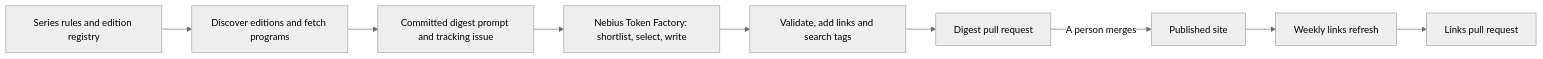
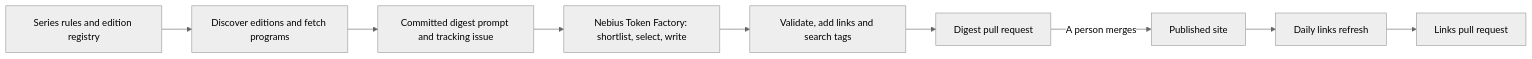
Before and after one commit to hellt/conference-digest: the diagram in docs/how-it-works.md, drawn with Mermaid (neutral theme). The commit also changed other lines of this file and 11 other files, not shown here.

````diff
--- a/docs/how-it-works.md
+++ b/docs/how-it-works.md
@@ -21,11 +21,11 @@
 ```mermaid
 flowchart LR
   S["Series rules and edition registry"] --> D["Discover editions and fetch programs"]
   D --> P["Committed digest prompt and tracking issue"]
   P --> T["Nebius Token Factory: shortlist, select, write"]
   T --> C["Validate, add links and search tags"]
   C --> R["Digest pull request"]
   R -->|A person merges| W["Published site"]
-  W --> L["Weekly links refresh"]
+  W --> L["Daily links refresh"]
   L --> Q["Links pull request"]
 ```
````
